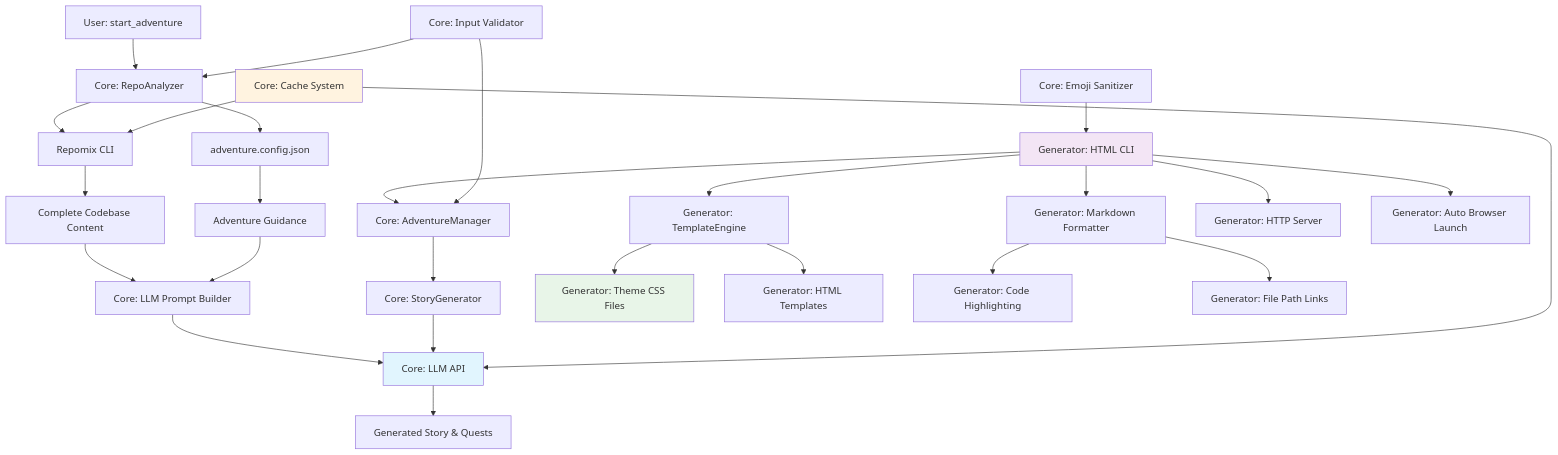
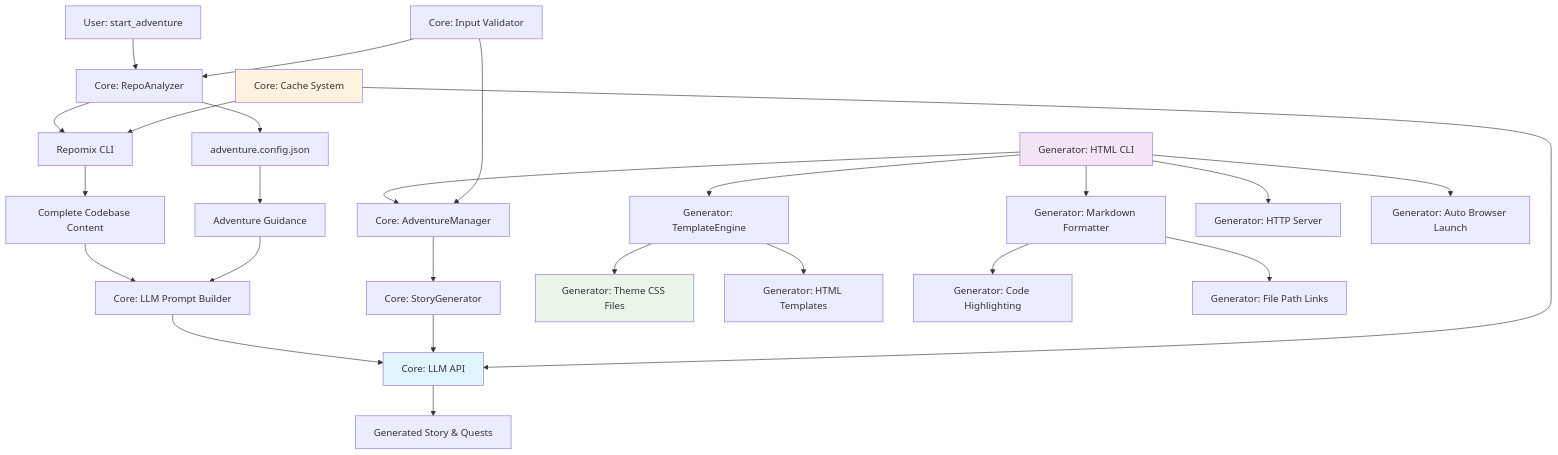
One commit to DanWahlin/ai-repo-adventures changed the second of 2 diagrams in README.md. Above: the diagram before and after it, drawn with Mermaid. The commit also changed other lines of this file and 32 other files, not shown here.

````diff
--- a/README.md
+++ b/README.md
@@ -71,38 +71,37 @@
 ```mermaid
 graph TD
     A[User: start_adventure] --> B[Core: RepoAnalyzer]
     B --> C[Repomix CLI]
     C --> D[Complete Codebase Content]
     
     B --> E[adventure.config.json]
     E --> F[Adventure Guidance]
     
     D --> G[Core: LLM Prompt Builder]
     F --> G
     
     G --> H[Core: LLM API]
     H --> I[Generated Story & Quests]
     
     J[Generator: HTML CLI] --> K[Core: AdventureManager]
     K --> L[Core: StoryGenerator] 
     L --> H
     J --> M[Generator: TemplateEngine]
     M --> N[Generator: Theme CSS Files]
     M --> O[Generator: HTML Templates]
     J --> P[Generator: Markdown Formatter]
     P --> Q[Generator: Code Highlighting]
     P --> R[Generator: File Path Links]
     J --> S[Generator: HTTP Server]
     J --> T[Generator: Auto Browser Launch]
     
     U[Core: Input Validator] --> B
     U --> K
     V[Core: Cache System] --> C
     V --> H
-    W[Core: Emoji Sanitizer] --> J
     
     style H fill:#e1f5fe
     style J fill:#f3e5f5
     style N fill:#e8f5e8
     style V fill:#fff3e0
 ```
````
